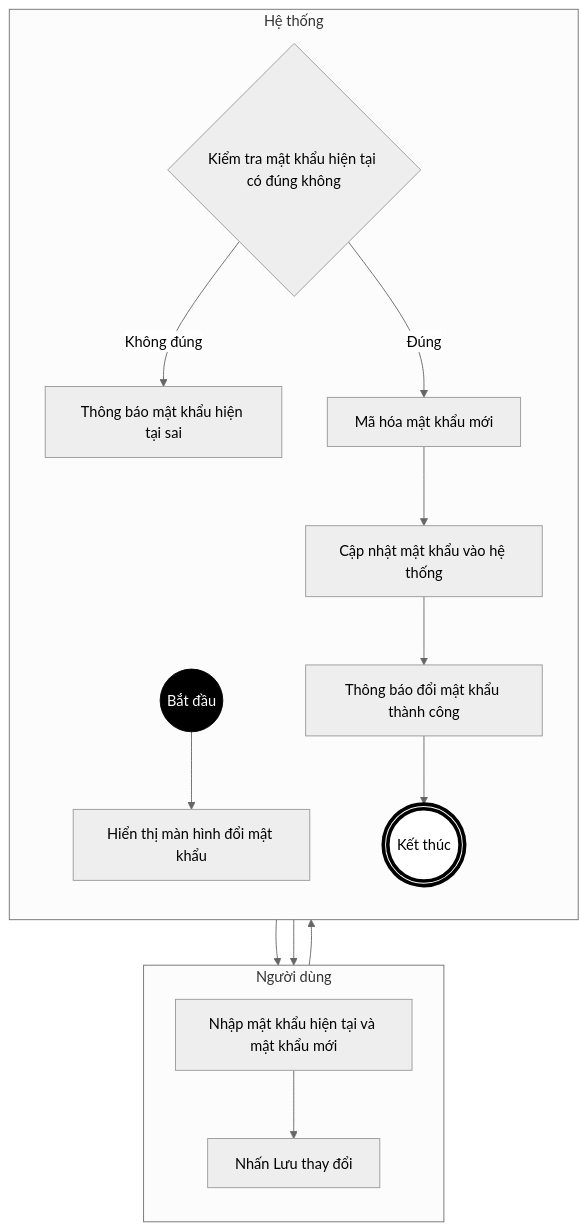
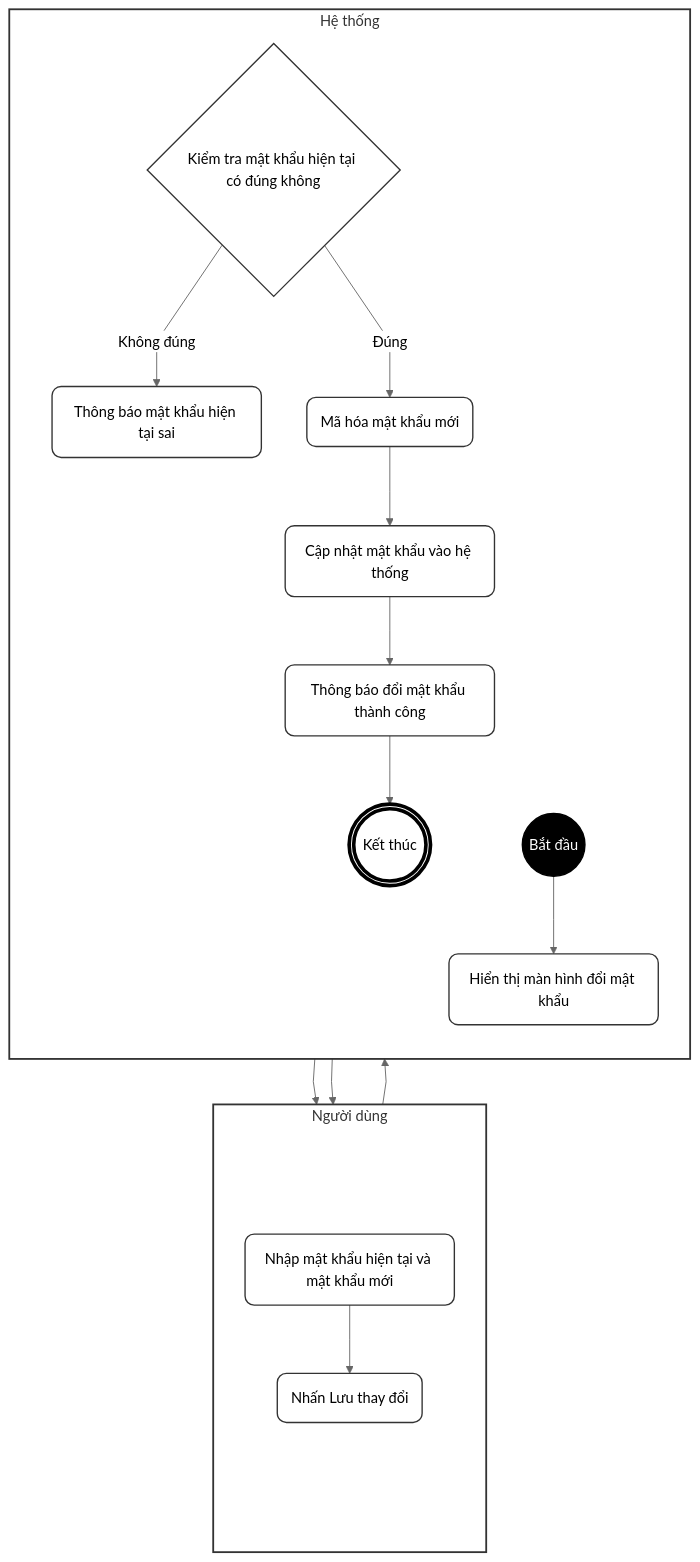
One commit to ChuDucAnh21/BE-quan-ly-su-kien changed the sixth of 9 diagrams in doc/system_analysis/activity diagram/08a_activity_auth_profile.md. Above: the diagram before and after it, drawn with Mermaid (neutral theme). The commit also changed other lines of this file and 26 other files, not shown here.

````diff
--- a/doc/system_analysis/activity diagram/08a_activity_auth_profile.md
+++ b/doc/system_analysis/activity diagram/08a_activity_auth_profile.md
@@ -266,35 +319,54 @@
 ```mermaid
+%%{init: {"flowchart": {"curve": "linear"}}}%%
 flowchart TD
+    classDef default fill:#fff,stroke:#333,stroke-width:1.5px,color:#000,rx:10px,ry:10px;
     classDef startNode fill:#000,stroke:#000,color:#fff;
     classDef endNode fill:#fff,stroke:#000,stroke-width:4px,color:#000;
+    classDef hidden fill:none,stroke:none,color:none;
 
     subgraph TacNhan [Người dùng]
         direction TB
-        A[Nhập mật khẩu hiện tại và mật khẩu mới]
-        B[Nhấn Lưu thay đổi]
+        T_start(" "):::hidden
+        A(Nhập mật khẩu hiện tại và mật khẩu mới)
+        B(Nhấn Lưu thay đổi)
+        T_end(" "):::hidden
     end
 
     subgraph HeThong [Hệ thống]
         direction TB
+        H_start(" "):::hidden
         Start((Bắt đầu)):::startNode
-        C[Hiển thị màn hình đổi mật khẩu]
+        C(Hiển thị màn hình đổi mật khẩu)
         D{Kiểm tra mật khẩu hiện tại có đúng không}
-        E[Thông báo mật khẩu hiện tại sai]
-        F[Mã hóa mật khẩu mới]
-        G[Cập nhật mật khẩu vào hệ thống]
-        H[Thông báo đổi mật khẩu thành công]
+        E(Thông báo mật khẩu hiện tại sai)
+        F(Mã hóa mật khẩu mới)
+        G(Cập nhật mật khẩu vào hệ thống)
+        H(Thông báo đổi mật khẩu thành công)
         End(((Kết thúc))):::endNode
+        H_end(" "):::hidden
     end
+
+    T_start ~~~ H_start
+    T_end ~~~ H_end
+
+    T_start ~~~ A
+    B ~~~ T_end
+
+    H_start ~~~ Start
+    End ~~~ H_end
 
     Start --> C
     C --> A
     A --> B
     B --> D
     D -- Không đúng --> E
     E --> A
-    
+
     D -- Đúng --> F
     F --> G
     G --> H
     H --> End
+
+    style TacNhan fill:#fff,stroke:#333,stroke-width:2px
+    style HeThong fill:#fff,stroke:#333,stroke-width:2px
 ```
````
